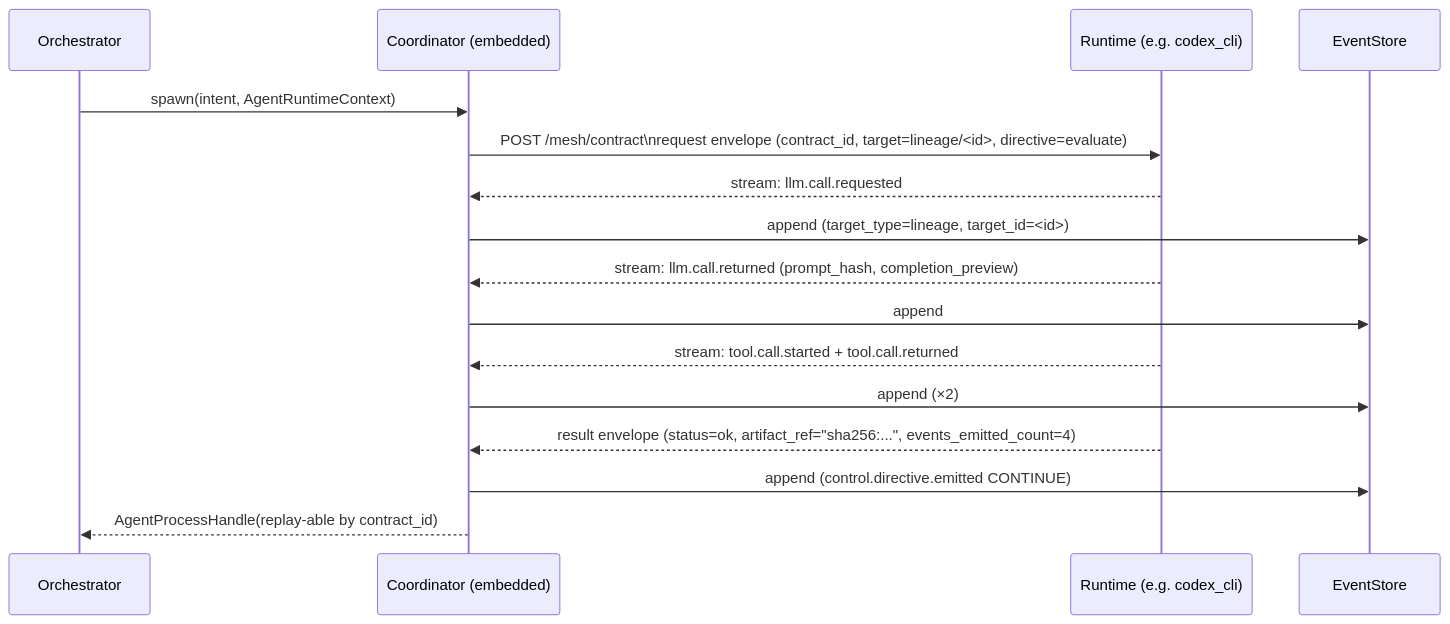
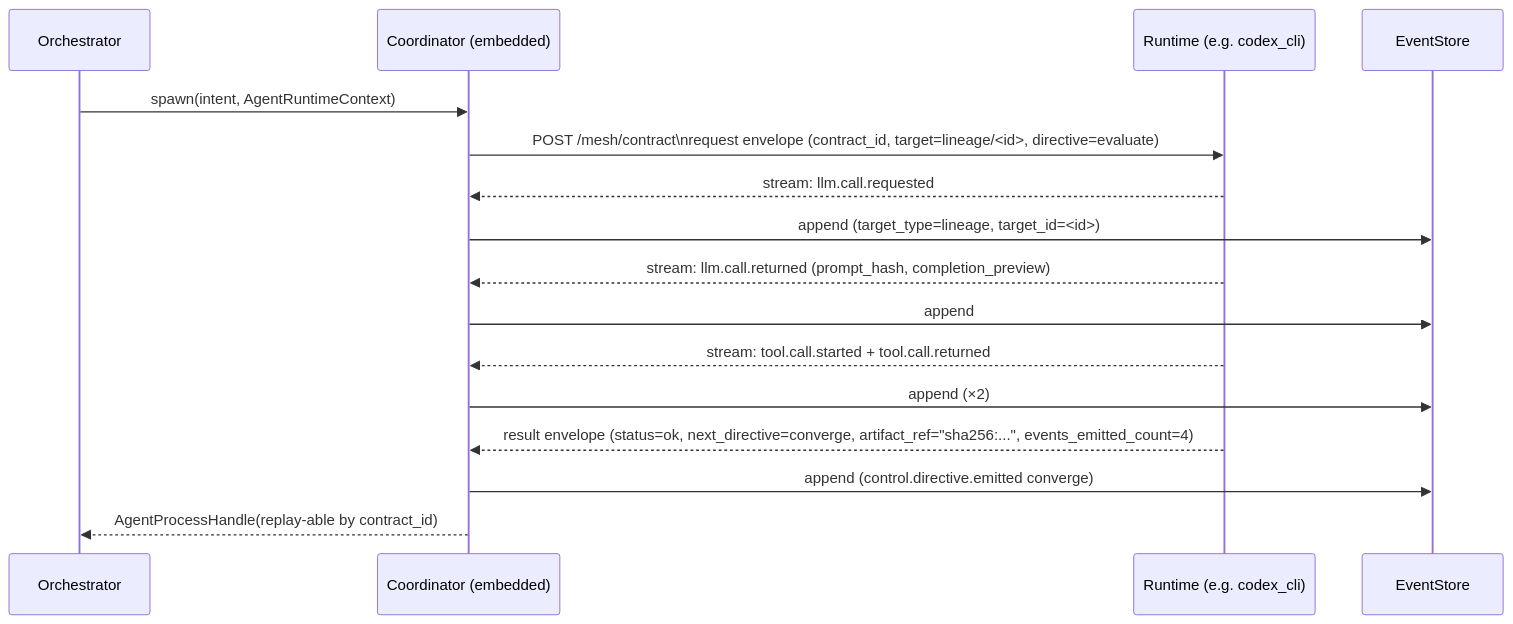
One commit to Q00/ouroboros changed the diagram in docs/rfc/mesh.md. Above: the diagram before and after it, drawn with Mermaid. The commit also changed other lines of this file, not shown here.

````diff
--- a/docs/rfc/mesh.md
+++ b/docs/rfc/mesh.md
@@ -178,19 +182,19 @@
 ```mermaid
 sequenceDiagram
     participant O as Orchestrator
     participant C as Coordinator (embedded)
     participant R as Runtime (e.g. codex_cli)
     participant E as EventStore
 
     O->>C: spawn(intent, AgentRuntimeContext)
     C->>R: POST /mesh/contract\nrequest envelope (contract_id, target=lineage/<id>, directive=evaluate)
     R-->>C: stream: llm.call.requested
     C->>E: append (target_type=lineage, target_id=<id>)
     R-->>C: stream: llm.call.returned (prompt_hash, completion_preview)
     C->>E: append
     R-->>C: stream: tool.call.started + tool.call.returned
     C->>E: append (×2)
-    R-->>C: result envelope (status=ok, artifact_ref="sha256:...", events_emitted_count=4)
-    C->>E: append (control.directive.emitted CONTINUE)
+    R-->>C: result envelope (status=ok, next_directive=converge, artifact_ref="sha256:...", events_emitted_count=4)
+    C->>E: append (control.directive.emitted converge)
     C-->>O: AgentProcessHandle(replay-able by contract_id)
 ```
````
